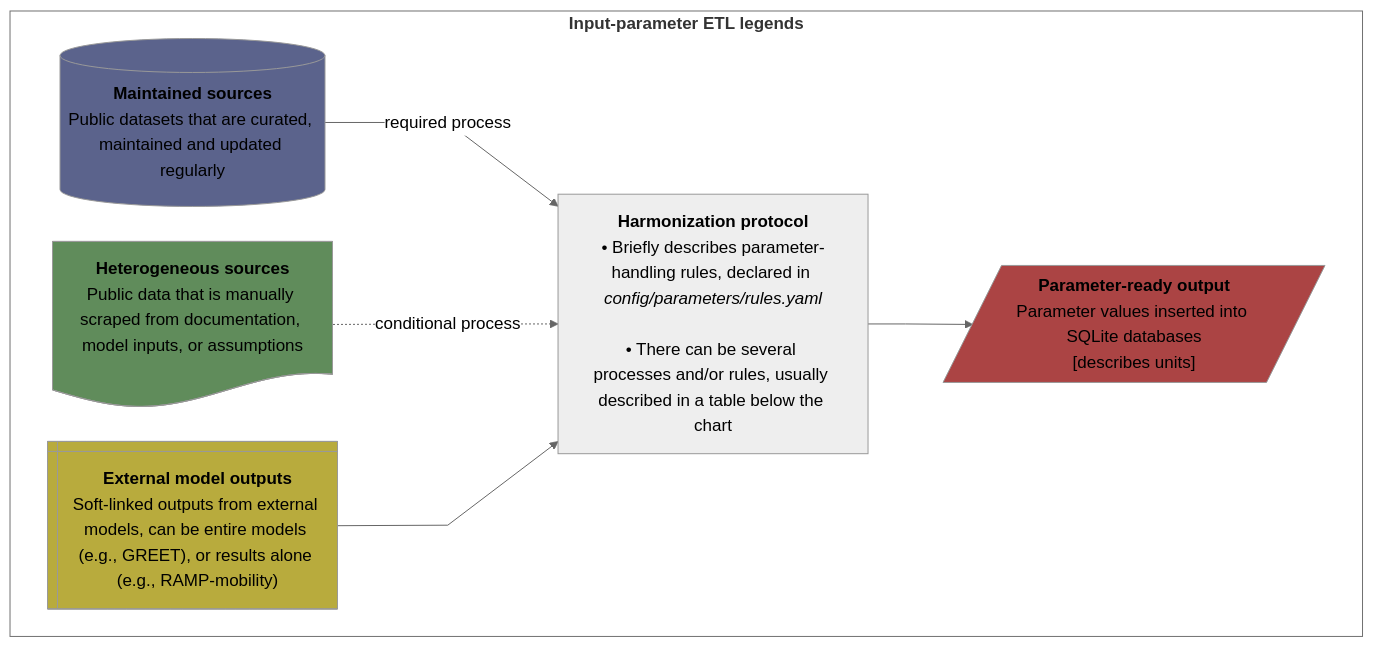
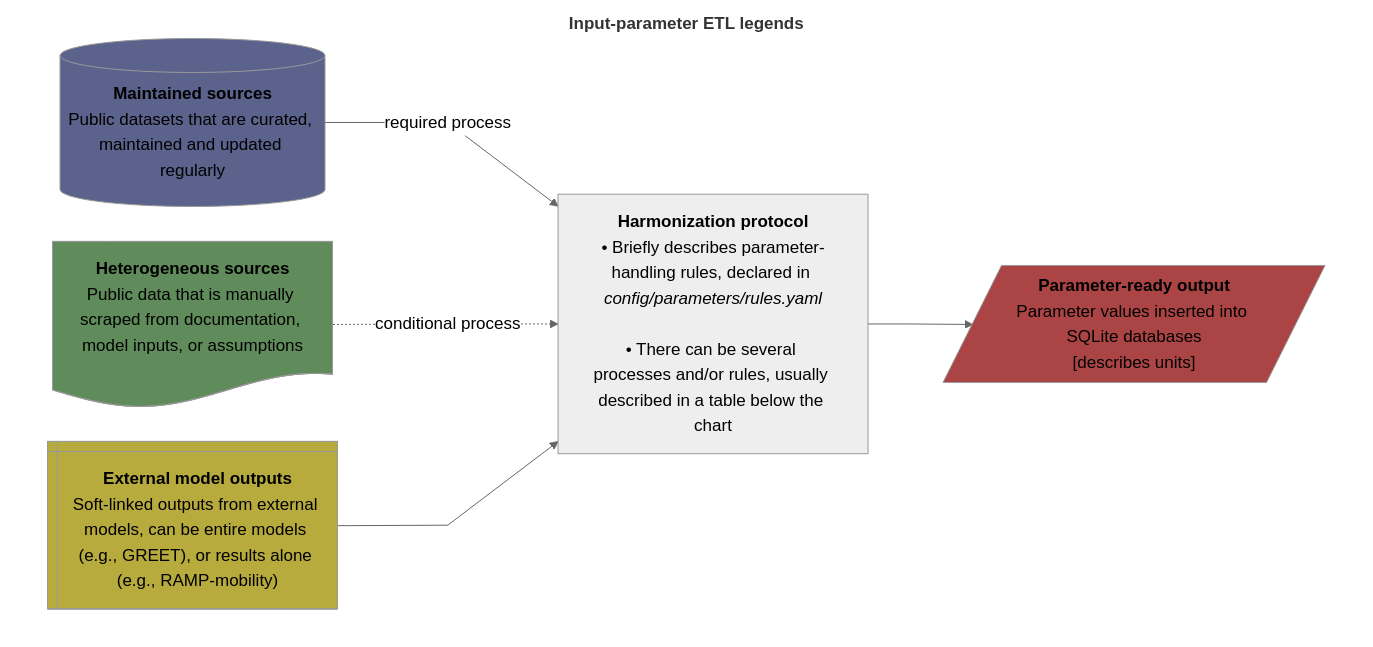
Before and after one commit to CANOE-main/canoe-transportation: the second of 9 diagrams in README.md, drawn with Mermaid. The commit also changed other lines of this file and 4 other files, not shown here.

Commit message:
Fixed README.md flowcharts' background and reverted utils/ into utils.py, - enclosed all diagrams inside a blank subgraph to always render a white background

````diff
--- a/README.md
+++ b/README.md
@@ -158,43 +158,43 @@
 ```mermaid
 ---
 config:
   layout: dagre
   theme: neutral
   themeVariables:
     fontSize: 17px
   flowchart:
     nodeSpacing: 35
     rankSpacing: 50
     wrappingWidth: 250
     curve: linear
 ---
 flowchart LR
   subgraph canvas["`**Input-parameter ETL legends**`"]
   direction LR
   %% --- Sources ---
   s0[("`**Maintained sources**<br>Public datasets that are curated, maintained and updated regularly`")]
   s1@{shape: doc, label: "**Heterogeneous sources**<br>Public data that is manually scraped from documentation, model inputs, or assumptions"}
   s2@{shape: win-pane, label: "**External model outputs**<br>Soft-linked outputs from external models, can be entire models (e.g., GREET), or results alone (e.g., RAMP-mobility)" }
 
   %% --- Processes ---
   p1["`**Harmonization protocol**<br>• Briefly describes parameter-handling rules, declared in *config/parameters/rules.yaml*<br><br>• There can be several processes and/or rules, usually described in a table below the chart`"]
 
   s0 -- required process --> p1
   s1 -. conditional process .-> p1
   s2 --> p1 
 
   p1 --> o1[/"`**Parameter-ready output**<br>Parameter values inserted into SQLite databases<br>[describes units]`"/]
   end
 
   %% --- Styling ---
-  style canvas fill:#ffffff
+  style canvas fill:#ffffff,stroke:#ffffff
   classDef database fill:#5b638c
   classDef doc fill:#608c5b
   classDef model fill:#b8ab3d
   classDef output fill:#ab4444
 
   class s0 database
   class s1 doc
   class s2 model
   class o1 output
 ```
````
